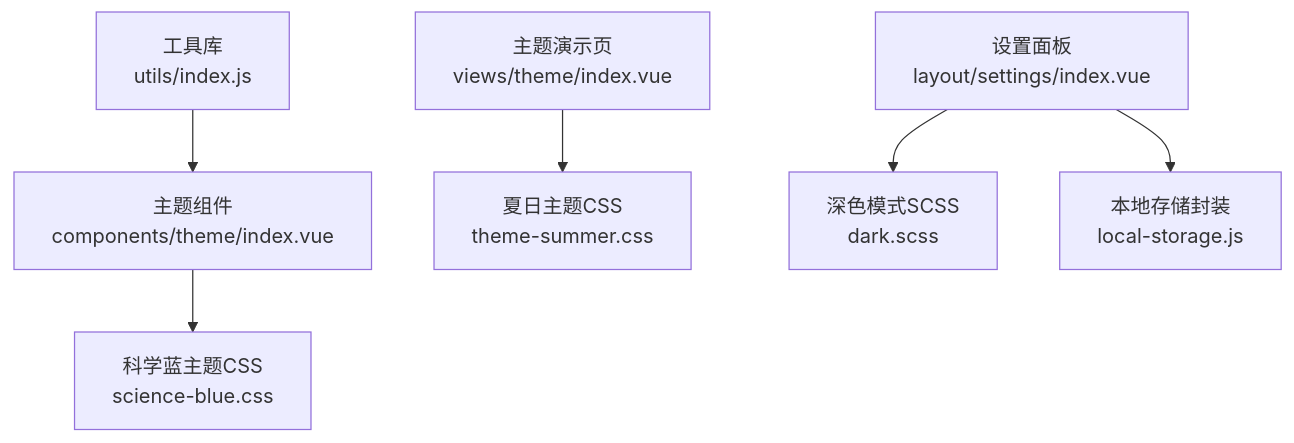
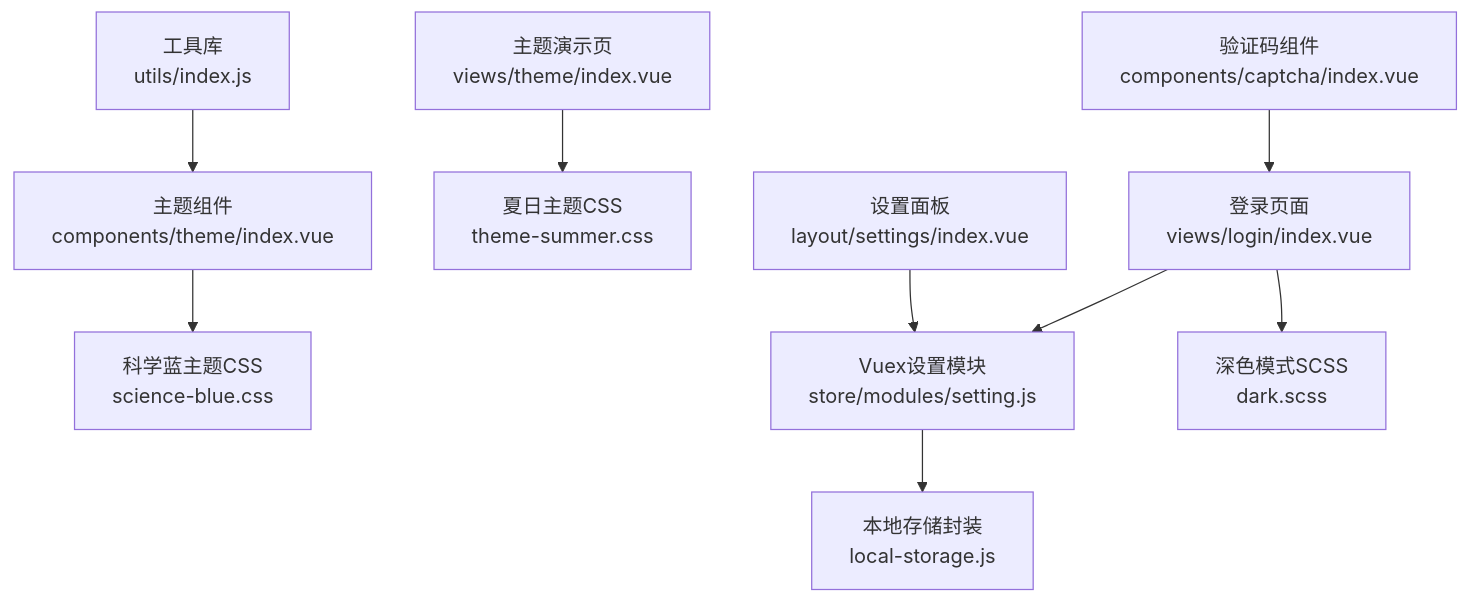
One commit to Neveryu/vue-cms changed the eighth of 8 diagrams in .qoder/repowiki/zh/content/核心功能/系统设置/主题切换系统.md. Above: the diagram before and after it, drawn with Mermaid. The commit also changed other lines of this file and 25 other files, not shown here.

````diff
--- a/.qoder/repowiki/zh/content/核心功能/系统设置/主题切换系统.md
+++ b/.qoder/repowiki/zh/content/核心功能/系统设置/主题切换系统.md
@@ -261,8 +358,11 @@
 ```mermaid
 graph TB
 Utils["工具库<br/>utils/index.js"] --> ThemeComp["主题组件<br/>components/theme/index.vue"]
 ThemePage["主题演示页<br/>views/theme/index.vue"] --> SummerCSS["夏日主题CSS<br/>theme-summer.css"]
 ThemeComp --> SciBlueCSS["科学蓝主题CSS<br/>science-blue.css"]
-Settings["设置面板<br/>layout/settings/index.vue"] --> DarkSCSS["深色模式SCSS<br/>dark.scss"]
-Settings --> LocalStore["本地存储封装<br/>local-storage.js"]
+Settings["设置面板<br/>layout/settings/index.vue"] --> VuexSetting["Vuex设置模块<br/>store/modules/setting.js"]
+LoginView["登录页面<br/>views/login/index.vue"] --> VuexSetting
+CaptchaComp["验证码组件<br/>components/captcha/index.vue"] --> LoginView
+VuexSetting --> LocalStore["本地存储封装<br/>local-storage.js"]
+LoginView --> DarkSCSS["深色模式SCSS<br/>dark.scss"]
 ```
````
